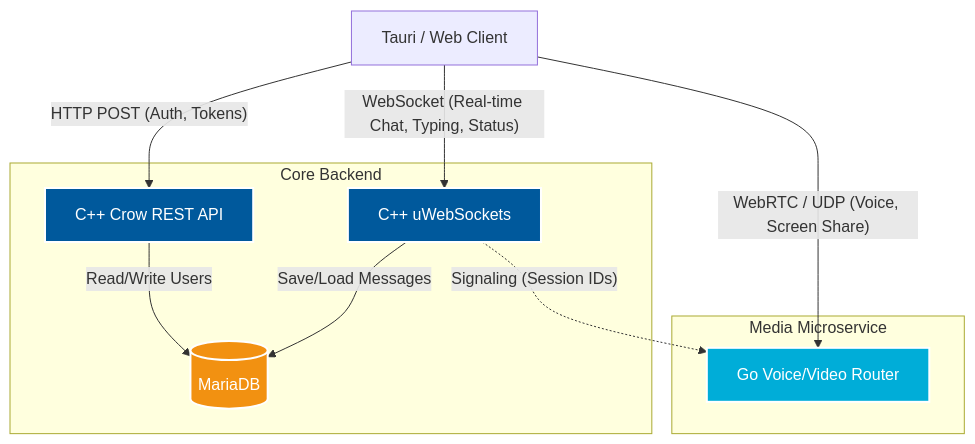
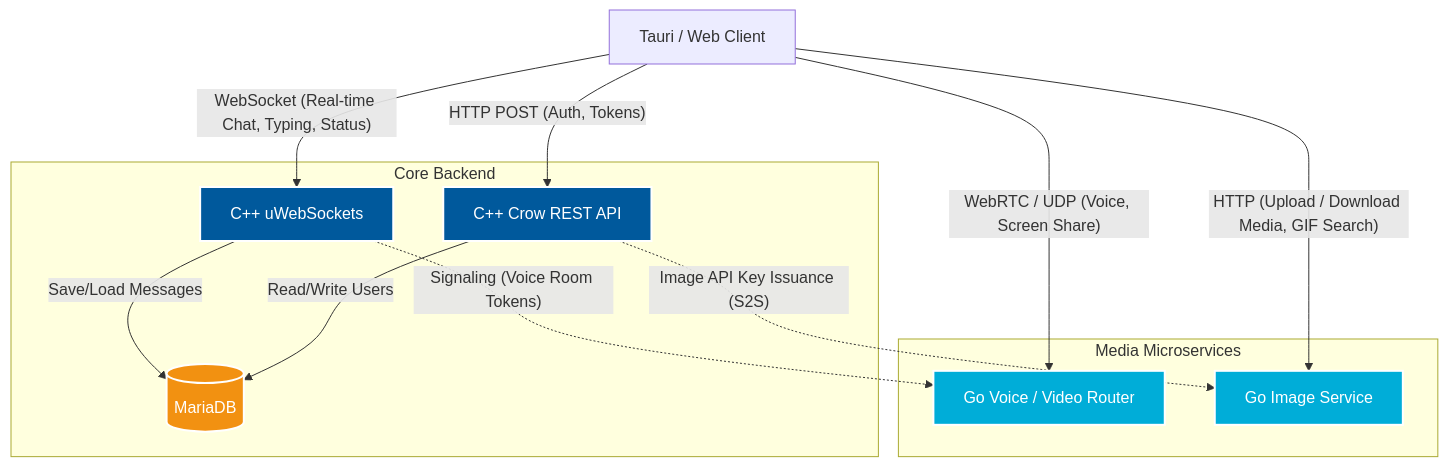
One commit to Przemek2122/SquirrelCommunicator changed the diagram in README.md. Above: the diagram before and after it, drawn with Mermaid. The commit also changed other lines of this file and 17 other files, not shown here.

````diff
--- a/README.md
+++ b/README.md
@@ -22,34 +22,37 @@
 ```mermaid
 graph TD
     Client[Tauri / Web Client]
 
     subgraph Core Backend
         CPP_REST[C++ Crow REST API]
         CPP_WS[C++ uWebSockets]
         DB[(MariaDB)]
     end
 
-    subgraph Media Microservice
-        GO_SFU[Go Voice/Video Router]
+    subgraph Media Microservices
+        GO_VOICE[Go Voice / Video Router]
+        GO_IMAGE[Go Image Service]
     end
 
     %% Client Connections
     Client -- "HTTP POST (Auth, Tokens)" --> CPP_REST
     Client -- "WebSocket (Real-time Chat, Typing, Status)" --> CPP_WS
-    Client -- "WebRTC / UDP (Voice, Screen Share)" --> GO_SFU
+    Client -- "WebRTC / UDP (Voice, Screen Share)" --> GO_VOICE
+    Client -- "HTTP (Upload / Download Media, GIF Search)" --> GO_IMAGE
 
     %% Backend Communication
     CPP_REST -- "Read/Write Users" --> DB
     CPP_WS -- "Save/Load Messages" --> DB
 
     %% Microservice sync
-    CPP_WS -. "Signaling (Session IDs)" .-> GO_SFU
+    CPP_WS -. "Signaling (Voice Room Tokens)" .-> GO_VOICE
+    CPP_REST -. "Image API Key Issuance (S2S)" .-> GO_IMAGE
 
     classDef cpp fill:#00599C,stroke:#fff,stroke-width:2px,color:#fff;
     classDef go fill:#00ADD8,stroke:#fff,stroke-width:2px,color:#fff;
     classDef db fill:#F29111,stroke:#fff,stroke-width:2px,color:#fff;
 
     class CPP_REST,CPP_WS cpp;
-    class GO_SFU go;
+    class GO_VOICE,GO_IMAGE go;
     class DB db;
 ```
````
